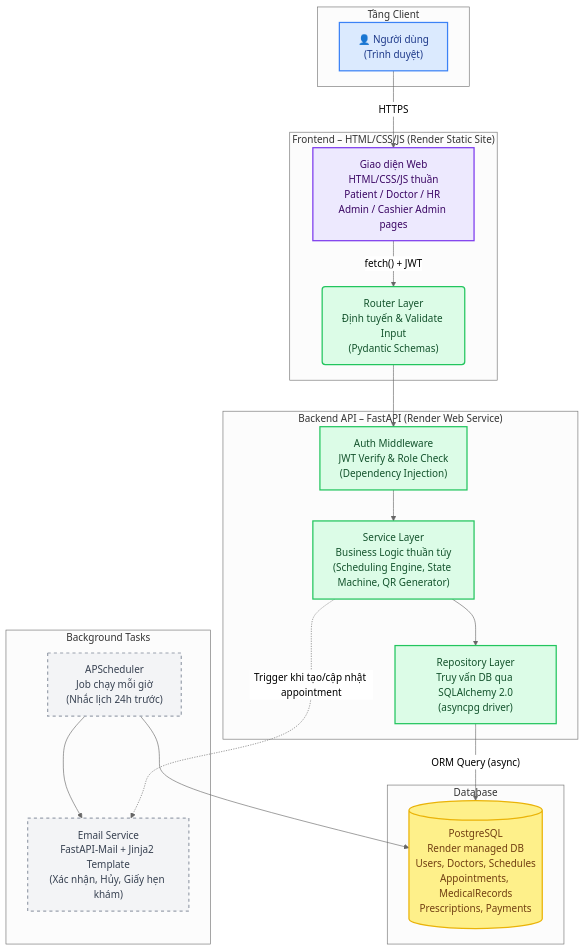
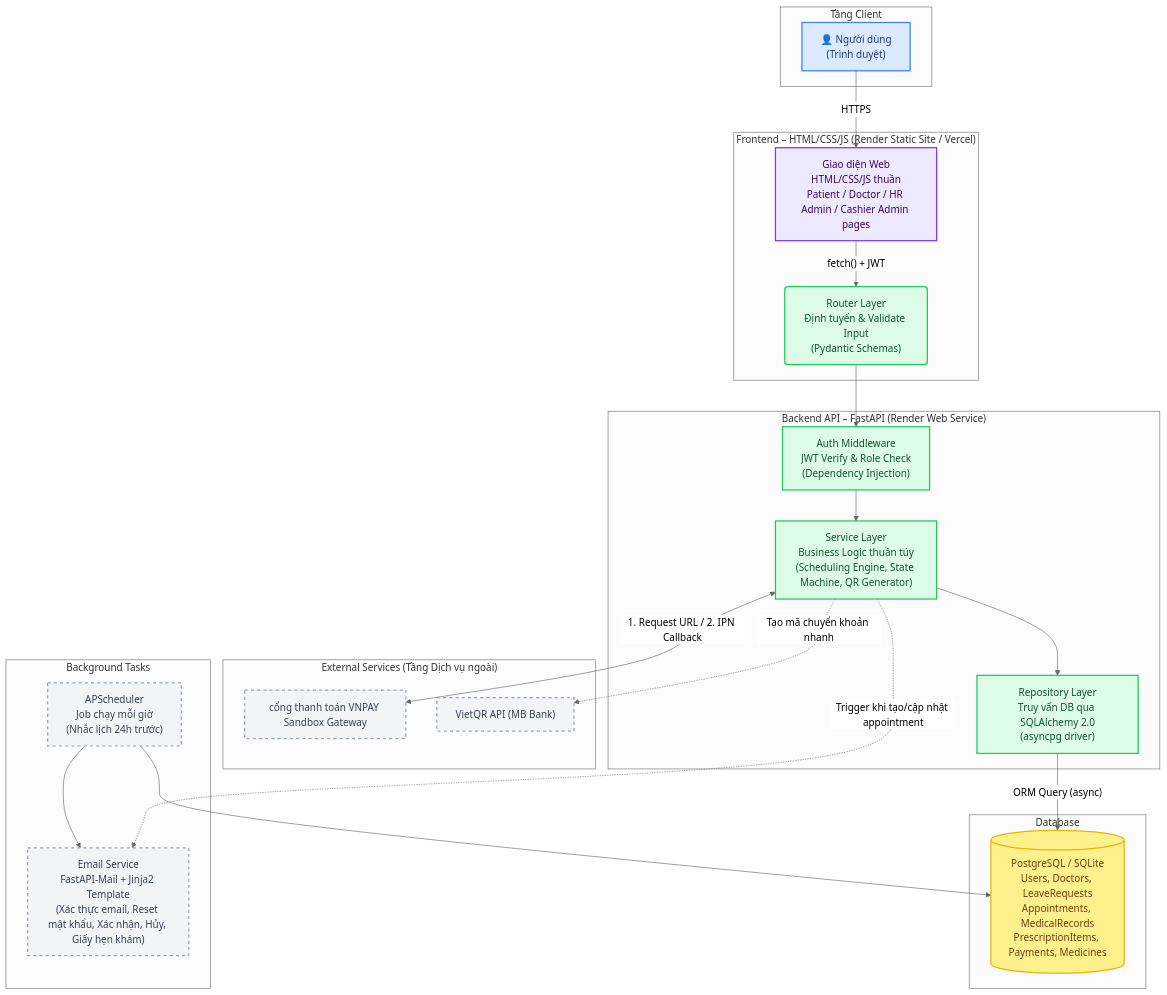
The third of 4 diagrams in TruongTheHaiThinh_project-proposal.md (TruongTheHaiThinh/MedBook-Online-Medical-Appointment-Booking-System), drawn with Mermaid (neutral theme) before and after one commit. The commit also changed other lines of this file, not shown here.

Commit message:
docs: update project proposal with final database schemas, use cases, architecture, and state machine diagrams

````diff
--- a/TruongTheHaiThinh_project-proposal.md
+++ b/TruongTheHaiThinh_project-proposal.md
@@ -311,34 +367,39 @@
 ```mermaid
 graph TD
     classDef client fill:#dbeafe,stroke:#3b82f6,stroke-width:2px,color:#1e3a8a;
     classDef frontend fill:#ede9fe,stroke:#7c3aed,stroke-width:2px,color:#3b0764;
     classDef backend fill:#dcfce7,stroke:#22c55e,stroke-width:2px,color:#14532d;
     classDef database fill:#fef08a,stroke:#eab308,stroke-width:2px,color:#713f12;
     classDef external fill:#f3f4f6,stroke:#9ca3af,stroke-width:2px,color:#374151,stroke-dasharray: 5 5;
 
     subgraph Client_Tier ["Tầng Client"]
         A["👤 Người dùng\n(Trình duyệt)"]:::client
     end
 
-    subgraph Frontend_Tier ["Frontend – HTML/CSS/JS (Render Static Site)"]
+    subgraph Frontend_Tier ["Frontend – HTML/CSS/JS (Render Static Site / Vercel)"]
         A --> |"HTTPS"| FE["Giao diện Web\nHTML/CSS/JS thuần\nPatient / Doctor / HR Admin / Cashier Admin pages"]:::frontend
         FE --> |"fetch() + JWT"| B
     end
 
     subgraph Application_Tier ["Backend API – FastAPI (Render Web Service)"]
         B("Router Layer\nĐịnh tuyến & Validate Input\n(Pydantic Schemas)"):::backend
         B --> C["Auth Middleware\nJWT Verify & Role Check\n(Dependency Injection)"]:::backend
         C --> D["Service Layer\nBusiness Logic thuần túy\n(Scheduling Engine, State Machine, QR Generator)"]:::backend
         D --> E["Repository Layer\nTruy vấn DB qua SQLAlchemy 2.0\n(asyncpg driver)"]:::backend
     end
 
     subgraph Data_Tier ["Database"]
-        E --> |"ORM Query (async)"| F[("PostgreSQL\nRender managed DB\nUsers, Doctors, Schedules\nAppointments, MedicalRecords\nPrescriptions, Payments")]:::database
+        E --> |"ORM Query (async)"| F[("PostgreSQL / SQLite\nUsers, Doctors, LeaveRequests\nAppointments, MedicalRecords\nPrescriptionItems, Payments, Medicines")]:::database
+    end
+
+    subgraph External_Gateways ["External Services (Tầng Dịch vụ ngoài)"]
+        D <--> |"1. Request URL / 2. IPN Callback"| EX_VNP["cổng thanh toán VNPAY Sandbox Gateway"]:::external
+        D -.-> |"Tạo mã chuyển khoản nhanh"| EX_QR["VietQR API (MB Bank)"]:::external
     end
 
     subgraph Background_Tier ["Background Tasks"]
-        D -.-> |"Trigger khi tạo/cập nhật appointment"| G["Email Service\nFastAPI-Mail + Jinja2 Template\n(Xác nhận, Hủy, Giấy hẹn khám)"]:::external
+        D -.-> |"Trigger khi tạo/cập nhật appointment"| G["Email Service\nFastAPI-Mail + Jinja2 Template\n(Xác thực email, Reset mật khẩu, Xác nhận, Hủy, Giấy hẹn khám)"]:::external
         H["APScheduler\nJob chạy mỗi giờ\n(Nhắc lịch 24h trước)"]:::external --> F
         H --> G
     end
 ```
````
